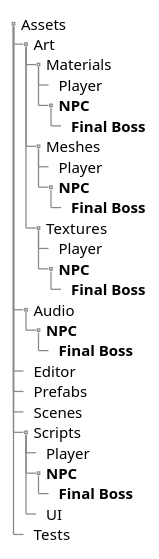
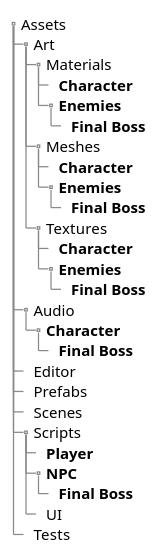
Before and after one commit to jesustorresdev/quarto-lecture-notes-format: the third of 8 diagrams in content/workflow/main.adoc, drawn with PlantUML. The commit also changed other lines of this file and 4 other files, not shown here.

```diff
--- a/content/workflow/main.adoc
+++ b/content/workflow/main.adoc
@@ -276,34 +269,34 @@
 [plantuml, format="svg"]
 ....
 salt
 {
 {T
  + Assets
  ++ Art
  +++ Materials
- ++++ Player
- ++++ <b>NPC
+ ++++ <b>Character
+ ++++ <b>Enemies
  +++++ <b>Final Boss
  +++ Meshes
- ++++ Player
- ++++ <b>NPC
+ ++++ <b>Character
+ ++++ <b>Enemies
  +++++ <b>Final Boss
  +++ Textures
- ++++ Player
- ++++ <b>NPC
+ ++++ <b>Character
+ ++++ <b>Enemies
  +++++ <b>Final Boss
  ++ Audio
- +++ <b>NPC
+ +++ <b>Character
  ++++ <b>Final Boss
  ++ Editor
  ++ Prefabs
  ++ Scenes
  ++ Scripts
- +++ Player
+ +++ <b>Player
  +++ <b>NPC
  ++++ <b>Final Boss
  +++ UI
  ++ Tests
 }
 }
 ....
```
